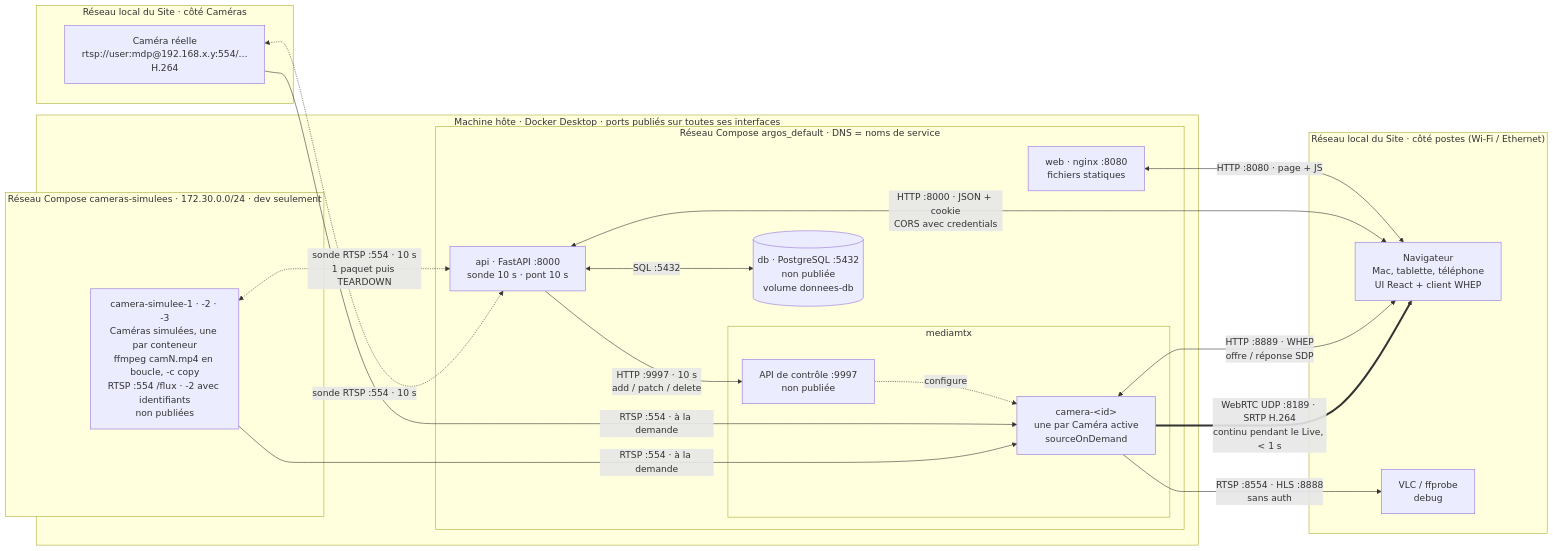
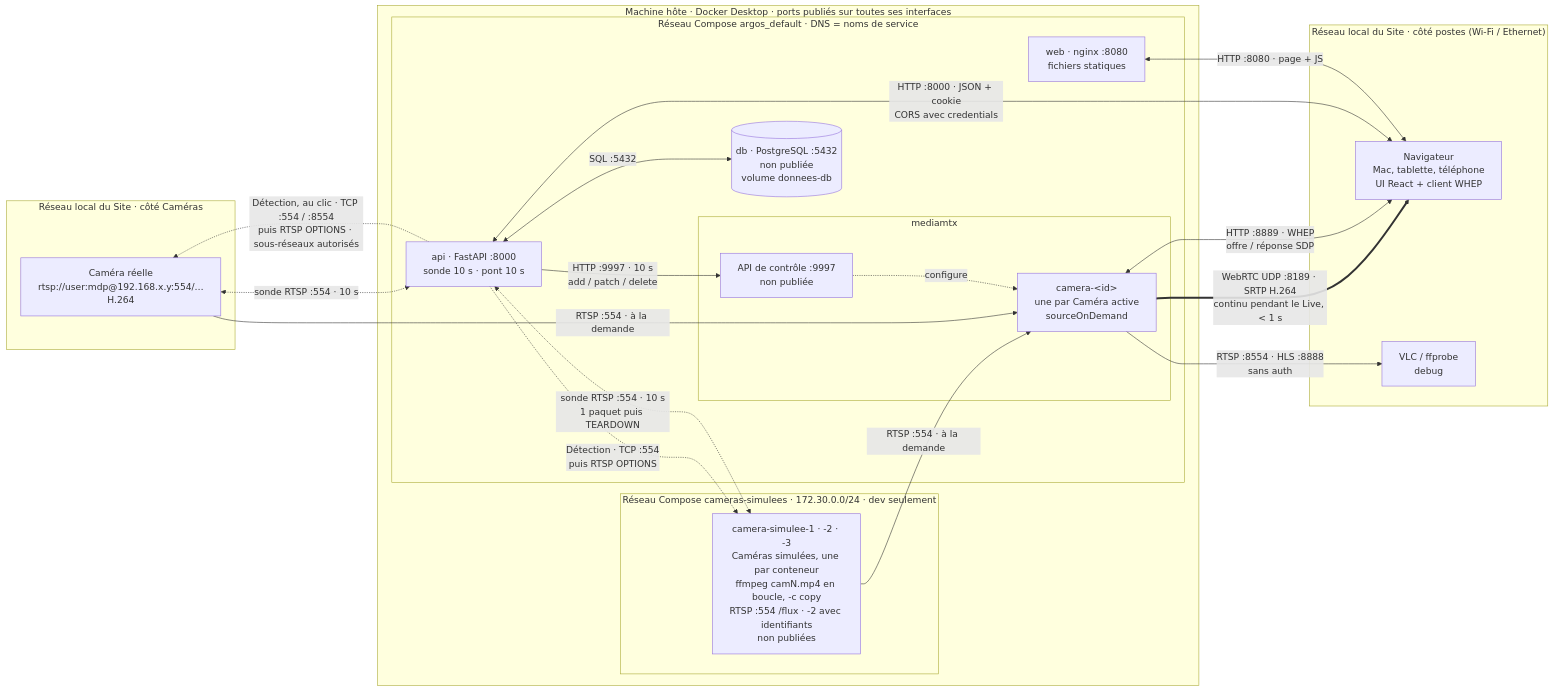
The diagram in docs/dev/schema-flux.md (UlyssouLV/ArgOS), drawn with Mermaid before and after one commit. The commit also changed other lines of this file and 4 other files, not shown here.

````diff
--- a/docs/dev/schema-flux.md
+++ b/docs/dev/schema-flux.md
@@ -7,41 +7,43 @@
 ```mermaid
 flowchart LR
     subgraph LANC["Réseau local du Site · côté Caméras"]
         CAMR["Caméra réelle<br/>rtsp://user:mdp@192.168.x.y:554/…<br/>H.264"]
     end
 
     subgraph HOTE["Machine hôte · Docker Desktop · ports publiés sur toutes ses interfaces"]
         subgraph SIMU["Réseau Compose cameras-simulees · 172.30.0.0/24 · dev seulement"]
             SIM["camera-simulee-1 · -2 · -3<br/>Caméras simulées, une par conteneur<br/>ffmpeg camN.mp4 en boucle, -c copy<br/>RTSP :554 /flux · -2 avec identifiants<br/>non publiées"]
         end
         subgraph COMPOSE["Réseau Compose argos_default · DNS = noms de service"]
             subgraph MTX["mediamtx"]
                 PONT["camera-&lt;id&gt;<br/>une par Caméra active<br/>sourceOnDemand"]
                 CTRL["API de contrôle :9997<br/>non publiée"]
             end
             API["api · FastAPI :8000<br/>sonde 10 s · pont 10 s"]
             DB[("db · PostgreSQL :5432<br/>non publiée<br/>volume donnees-db")]
             WEB["web · nginx :8080<br/>fichiers statiques"]
         end
     end
 
     subgraph LANP["Réseau local du Site · côté postes (Wi-Fi / Ethernet)"]
         NAV["Navigateur<br/>Mac, tablette, téléphone<br/>UI React + client WHEP"]
         VLC["VLC / ffprobe<br/>debug"]
     end
 
     SIM -- "RTSP :554 · à la demande" --> PONT
     CAMR -- "RTSP :554 · à la demande" --> PONT
     PONT == "WebRTC UDP :8189 · SRTP H.264<br/>continu pendant le Live, < 1 s" ==> NAV
     PONT -- "RTSP :8554 · HLS :8888<br/>sans auth" --> VLC
 
     CAMR <-. "sonde RTSP :554 · 10 s" .-> API
     SIM <-. "sonde RTSP :554 · 10 s<br/>1 paquet puis TEARDOWN" .-> API
     API -- "HTTP :9997 · 10 s<br/>add / patch / delete" --> CTRL
     CTRL -. configure .-> PONT
     API <-- "SQL :5432" --> DB
+    API -. "Détection, au clic · TCP :554 / :8554<br/>puis RTSP OPTIONS · sous-réseaux autorisés" .-> CAMR
+    API -. "Détection · TCP :554<br/>puis RTSP OPTIONS" .-> SIM
 
     PONT <-- "HTTP :8889 · WHEP<br/>offre / réponse SDP" --> NAV
     API <-- "HTTP :8000 · JSON + cookie<br/>CORS avec credentials" --> NAV
     WEB <-- "HTTP :8080 · page + JS" --> NAV
 ```
````
